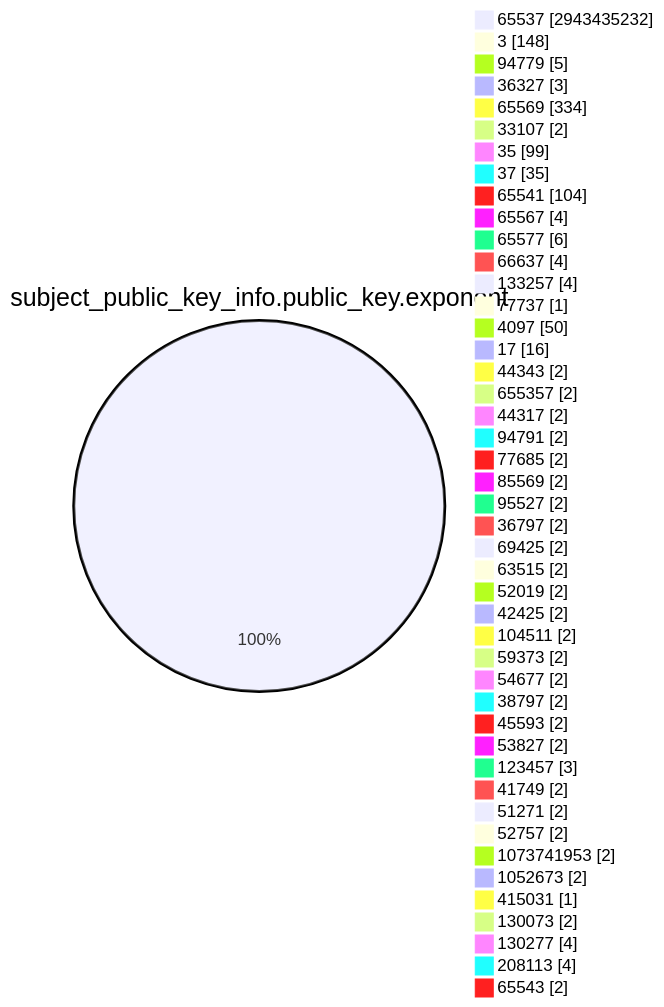
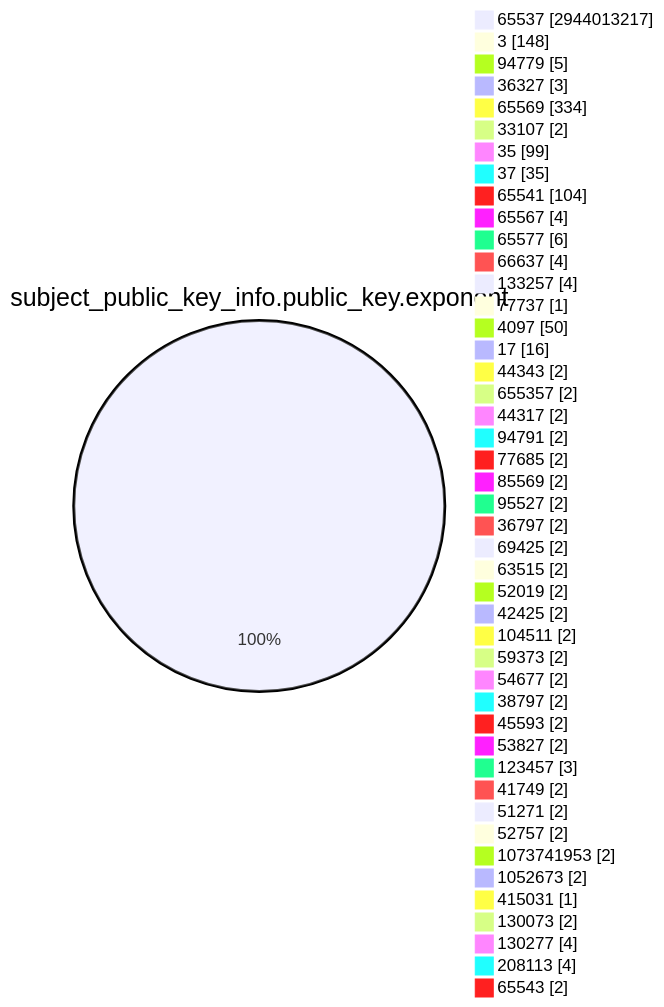
Before and after one commit to christiankrug/ctmonitor_visualization: the fourth of 15 diagrams in TOTAL/README.md, drawn with Mermaid. The commit also changed other lines of this file, not shown here.

````diff
--- a/TOTAL/README.md
+++ b/TOTAL/README.md
@@ -1471,49 +1471,49 @@
 ```mermaid
 pie showData
 title subject_public_key_info.public_key.exponent
-"65537" :2943435232
+"65537" :2944013217
 "3" :148
 "94779" :5
 "36327" :3
 "65569" :334
 "33107" :2
 "35" :99
 "37" :35
 "65541" :104
 "65567" :4
 "65577" :6
 "66637" :4
 "133257" :4
 "77737" :1
 "4097" :50
 "17" :16
 "44343" :2
 "655357" :2
 "44317" :2
 "94791" :2
 "77685" :2
 "85569" :2
 "95527" :2
 "36797" :2
 "69425" :2
 "63515" :2
 "52019" :2
 "42425" :2
 "104511" :2
 "59373" :2
 "54677" :2
 "38797" :2
 "45593" :2
 "53827" :2
 "123457" :3
 "41749" :2
 "51271" :2
 "52757" :2
 "1073741953" :2
 "1052673" :2
 "415031" :1
 "130073" :2
 "130277" :4
 "208113" :4
 "65543" :2
 ```
````
